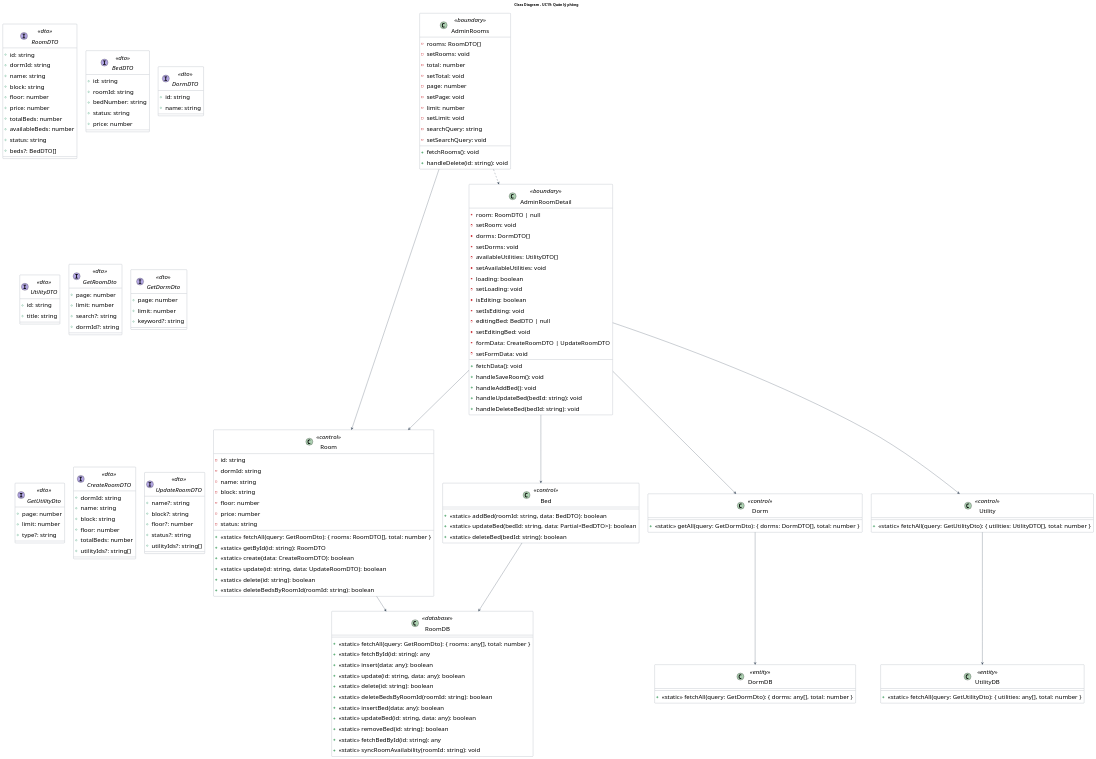
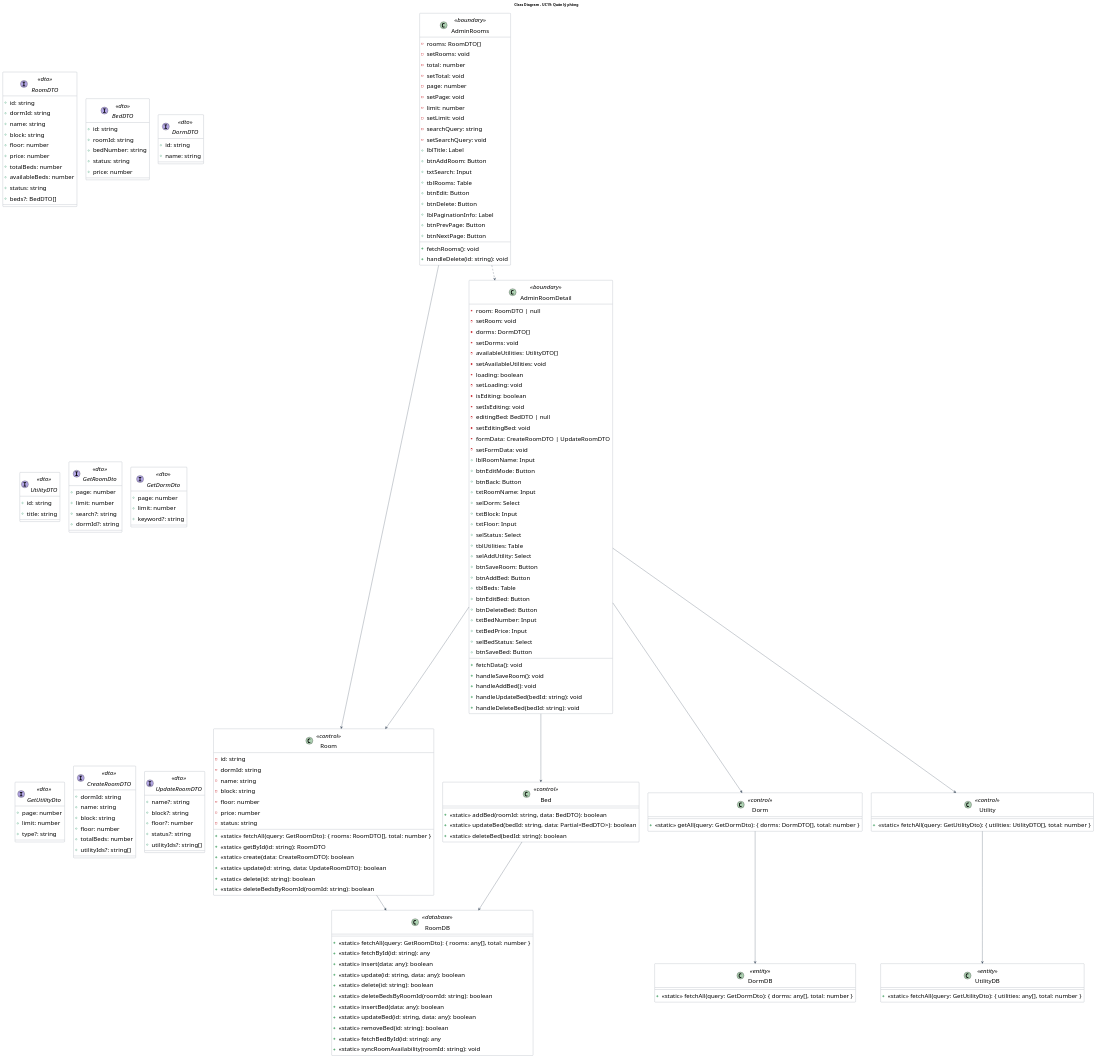
The diagram in doc/system/quan_ly_phong/QuanLyPhong_ClassDiagram.wsd (Gnourt812005/HCMUS-Analyze-and-desgin-IS), drawn with PlantUML before and after one commit. The commit also changed 12 other files, not shown here.

Commit message:
truong/digram: update diagram

```diff
--- a/doc/system/quan_ly_phong/QuanLyPhong_ClassDiagram.wsd
+++ b/doc/system/quan_ly_phong/QuanLyPhong_ClassDiagram.wsd
@@ -23,6 +23,15 @@
     - setLimit: void
     - searchQuery: string
     - setSearchQuery: void
+    + lblTitle: Label
+    + btnAddRoom: Button
+    + txtSearch: Input
+    + tblRooms: Table
+    + btnEdit: Button
+    + btnDelete: Button
+    + lblPaginationInfo: Label
+    + btnPrevPage: Button
+    + btnNextPage: Button
     + fetchRooms(): void
     + handleDelete(id: string): void
 }
@@ -42,6 +51,25 @@
     - setEditingBed: void
     - formData: CreateRoomDTO | UpdateRoomDTO
     - setFormData: void
+    + lblRoomName: Input
+    + btnEditMode: Button
+    + btnBack: Button
+    + txtRoomName: Input
+    + selDorm: Select
+    + txtBlock: Input
+    + txtFloor: Input
+    + selStatus: Select
+    + tblUtilities: Table
+    + selAddUtility: Select
+    + btnSaveRoom: Button
+    + btnAddBed: Button
+    + tblBeds: Table
+    + btnEditBed: Button
+    + btnDeleteBed: Button
+    + txtBedNumber: Input
+    + txtBedPrice: Input
+    + selBedStatus: Select
+    + btnSaveBed: Button
     + fetchData(): void
     + handleSaveRoom(): void
     + handleAddBed(): void
```
